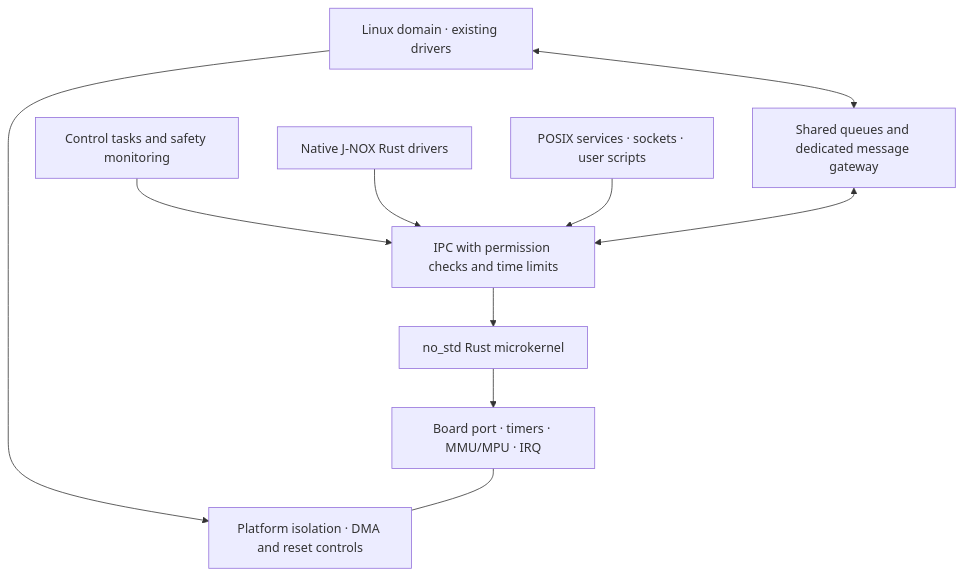
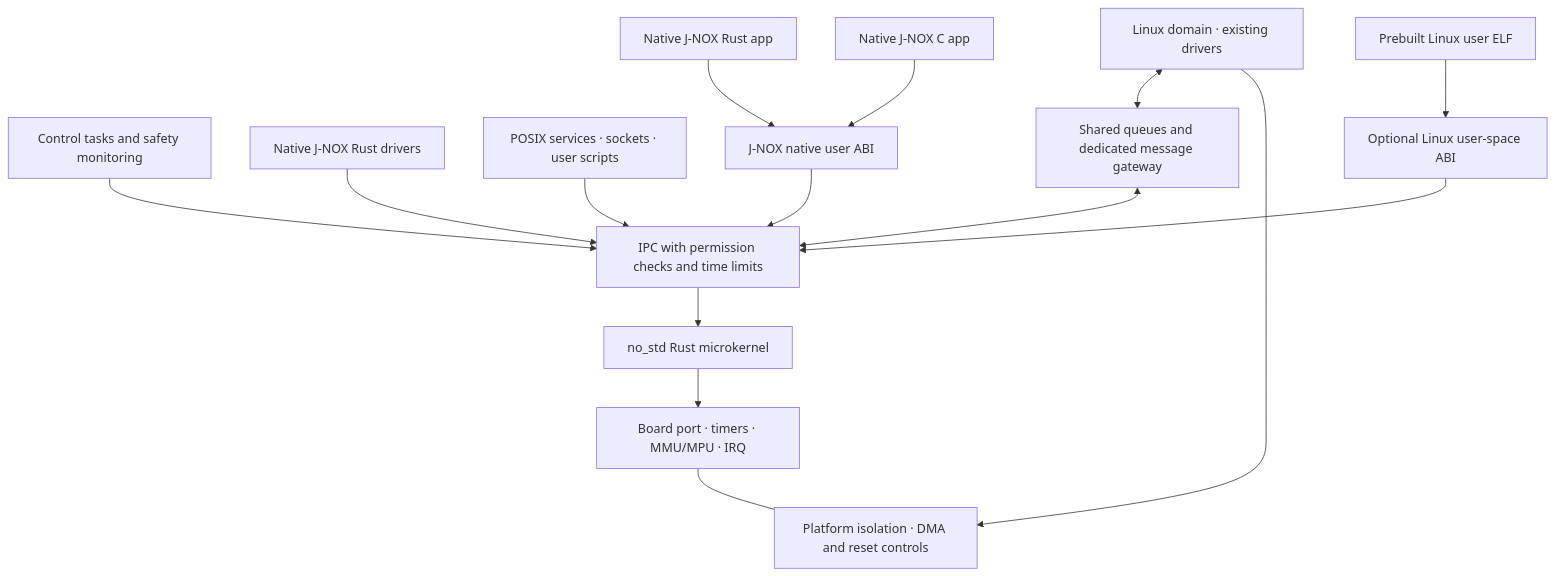
The diagram in docs/architecture.en.md (Romanof123/JNOX), drawn with Mermaid before and after one commit. The commit also changed other lines of this file and 8 other files, not shown here.

Commit message:
Plan native Rust and C applications and direct execution of prebuilt Linux CLIs (#12)

````diff
--- a/docs/architecture.en.md
+++ b/docs/architecture.en.md
@@ -5,12 +5,17 @@
 ```mermaid
 flowchart TB
   CONTROL[Control tasks and safety monitoring] --> IPC[IPC with permission checks and time limits]
   NATIVE[Native J-NOX Rust drivers] --> IPC
   APPS[POSIX services · sockets · user scripts] --> IPC
+  RUST[Native J-NOX Rust app] --> SDK[J-NOX native user ABI]
+  CAPP[Native J-NOX C app] --> SDK
+  SDK --> IPC
+  ELF[Prebuilt Linux user ELF] --> COMPAT[Optional Linux user-space ABI]
+  COMPAT --> IPC
   IPC --> KERNEL[no_std Rust microkernel]
   LINUX[Linux domain · existing drivers] <--> GATE[Shared queues and dedicated message gateway]
   GATE <--> IPC
   KERNEL --> BSP[Board port · timers · MMU/MPU · IRQ]
   LINUX --> PART[Platform isolation · DMA and reset controls]
   BSP --- PART
 ```
````
